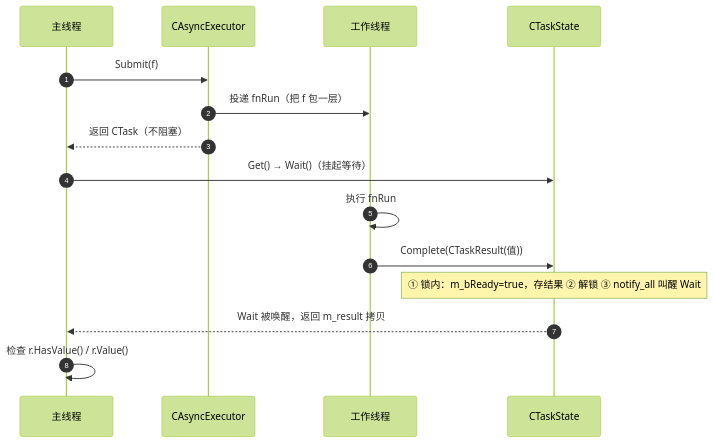
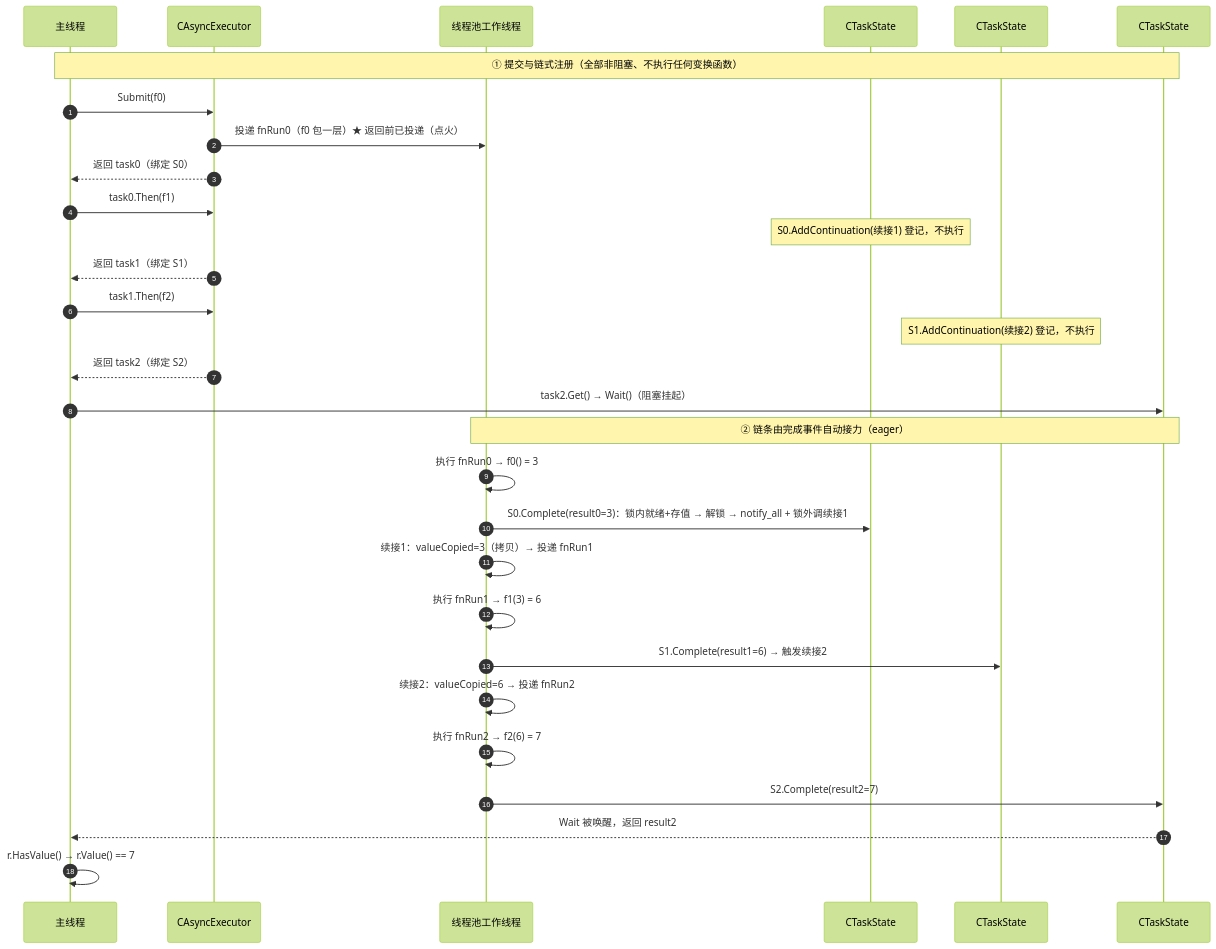
One commit to MYMarcoreus/COM-Framework changed the second of 2 diagrams in docs/common/async-impl.md. Above: the diagram before and after it, drawn with Mermaid (forest theme). The commit also changed other lines of this file, not shown here.

Commit message:
docs: async-impl 生命周期时序补全 Then 链
原第 4 节只画了单任务 Submit→Get；补全为 Submit(f0)→Then(f1)→Then(f2)→Get
的完整链路时序：① 提交与链式注册（Then 只挂续接不执行）② 完成事件自动接力
（Complete → 锁外调续接 → 投递下一个变换 → ... → 唤醒 Get），并补充要点说明。

````diff
--- a/docs/common/async-impl.md
+++ b/docs/common/async-impl.md
@@ -100,18 +102,34 @@
 ```mermaid
 sequenceDiagram
     autonumber
     participant Main as 主线程
     participant Exec as CAsyncExecutor
-    participant Pool as 工作线程
-    participant State as CTaskState
+    participant P as 线程池工作线程
+    participant S0 as CTaskState#0
+    participant S1 as CTaskState#1
+    participant S2 as CTaskState#2
 
-    Main->>Exec: Submit(f)
-    Exec->>Pool: 投递 fnRun（把 f 包一层）
-    Exec-->>Main: 返回 CTask（不阻塞）
-    Main->>State: Get() → Wait()（挂起等待）
-    Pool->>Pool: 执行 fnRun
-    Pool->>State: Complete(CTaskResult(值))
-    Note over State: ① 锁内：m_bReady=true，存结果 ② 解锁 ③ notify_all 叫醒 Wait
-    State-->>Main: Wait 被唤醒，返回 m_result 拷贝
-    Main->>Main: 检查 r.HasValue() / r.Value()
+    Note over Main,S2: ① 提交与链式注册（全部非阻塞、不执行任何变换函数）
+    Main->>Exec: Submit(f0)
+    Exec->>P: 投递 fnRun0（f0 包一层）★ 返回前已投递（点火）
+    Exec-->>Main: 返回 task0（绑定 S0）
+    Main->>Exec: task0.Then(f1)
+    Note over S0: S0.AddContinuation(续接1) 登记，不执行
+    Exec-->>Main: 返回 task1（绑定 S1）
+    Main->>Exec: task1.Then(f2)
+    Note over S1: S1.AddContinuation(续接2) 登记，不执行
+    Exec-->>Main: 返回 task2（绑定 S2）
+    Main->>S2: task2.Get() → Wait()（阻塞挂起）
+
+    Note over P,S2: ② 链条由完成事件自动接力（eager）
+    P->>P: 执行 fnRun0 → f0() = 3
+    P->>S0: S0.Complete(result0=3)：锁内就绪+存值 → 解锁 → notify_all + 锁外调续接1
+    P->>P: 续接1：valueCopied=3（拷贝）→ 投递 fnRun1
+    P->>P: 执行 fnRun1 → f1(3) = 6
+    P->>S1: S1.Complete(result1=6) → 触发续接2
+    P->>P: 续接2：valueCopied=6 → 投递 fnRun2
+    P->>P: 执行 fnRun2 → f2(6) = 7
+    P->>S2: S2.Complete(result2=7)
+    S2-->>Main: Wait 被唤醒，返回 result2
+    Main->>Main: r.HasValue() → r.Value() == 7
 ```
````
